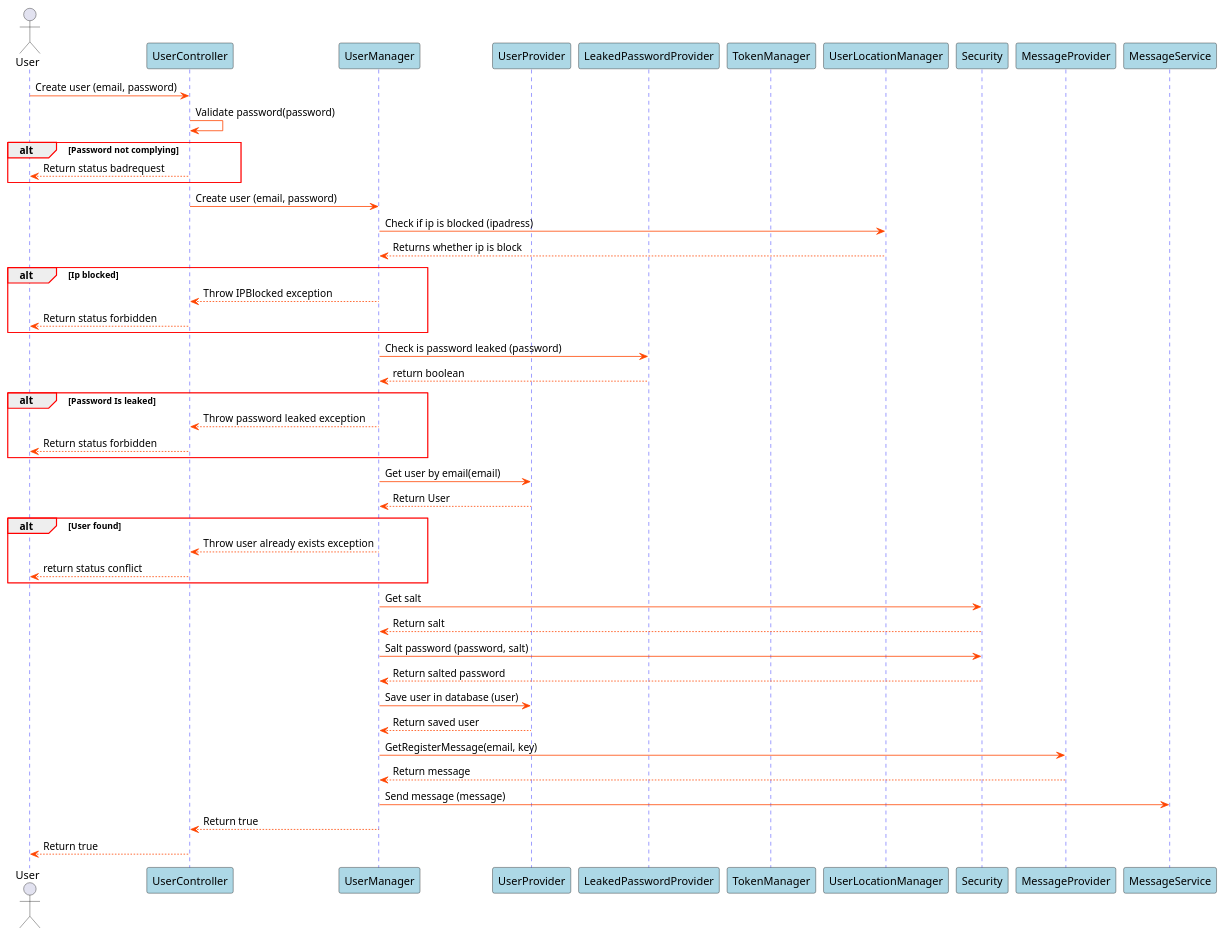
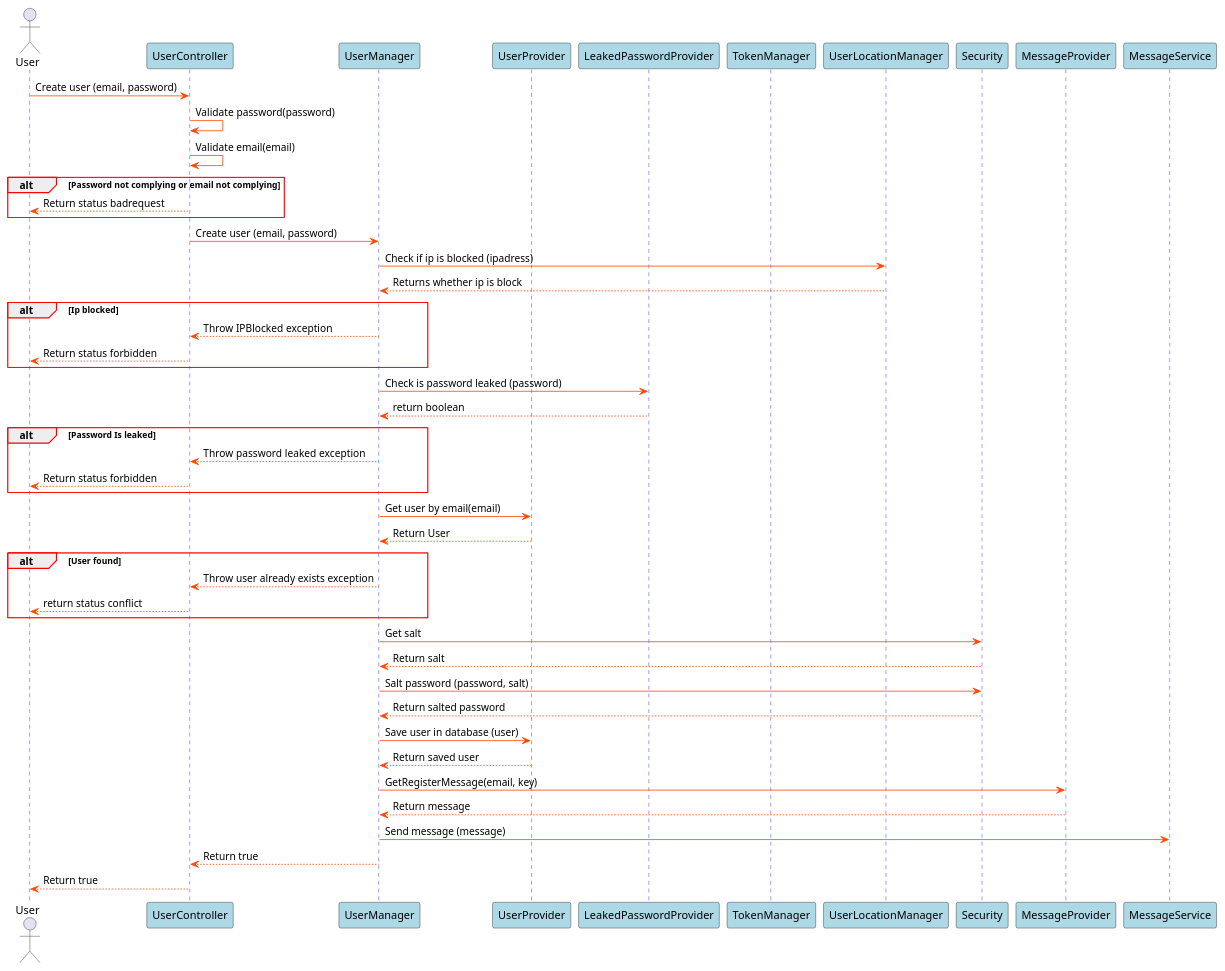
Before and after one commit to blackout1471/trust-us-school: the diagram in Docs/SDDiagrams/CreateUserSD.plantuml, drawn with PlantUML. The commit also changed 5 other files, not shown here.

```diff
--- a/Docs/SDDiagrams/CreateUserSD.plantuml
+++ b/Docs/SDDiagrams/CreateUserSD.plantuml
@@ -1,79 +1,80 @@
 @startuml Create User SD
 
 skinparam sequence {
     GroupBorderColor red
     GroupBorderThickness 1
 
     ArrowColor orangered
 
     LifeLineBorderColor blue
 
     ParticipantBackgroundColor lightblue
 }
 
 actor User
 participant UserController
 participant UserManager
 participant UserProvider
 participant LeakedPasswordProvider
 participant TokenManager
 participant UserLocationManager
 participant Security
 participant MessageProvider
 participant MessageService
 
 
 
 User->UserController: Create user (email, password)
 UserController->UserController: Validate password(password)
+UserController->UserController: Validate email(email)
 
-alt Password not complying
+alt Password not complying or email not complying
 UserController-->User: Return status badrequest
 end
 
 UserController->UserManager: Create user (email, password)
 UserManager->UserLocationManager: Check if ip is blocked (ipadress)
 UserLocationManager-->UserManager: Returns whether ip is block
 
 alt Ip blocked
 UserManager-->UserController: Throw IPBlocked exception
 UserController-->User: Return status forbidden
 end
 
 
 UserManager->LeakedPasswordProvider: Check is password leaked (password)
 LeakedPasswordProvider-->UserManager: return boolean
 
 alt Password Is leaked
 UserManager-->UserController: Throw password leaked exception
 UserController-->User: Return status forbidden
 end
 
 UserManager->UserProvider: Get user by email(email)
 UserProvider-->UserManager: Return User
 
 alt User found
 
 UserManager-->UserController: Throw user already exists exception
 UserController-->User: return status conflict
 
 end
 
 
 UserManager->Security: Get salt
 Security-->UserManager: Return salt
 
 UserManager->Security: Salt password (password, salt)
 Security-->UserManager: Return salted password
 
 UserManager->UserProvider: Save user in database (user)
 UserProvider-->UserManager: Return saved user
 
 UserManager->MessageProvider: GetRegisterMessage(email, key)
 MessageProvider-->UserManager: Return message
 UserManager->MessageService: Send message (message)
 
 UserManager-->UserController: Return true
 UserController-->User: Return true
 
 @enduml
```
